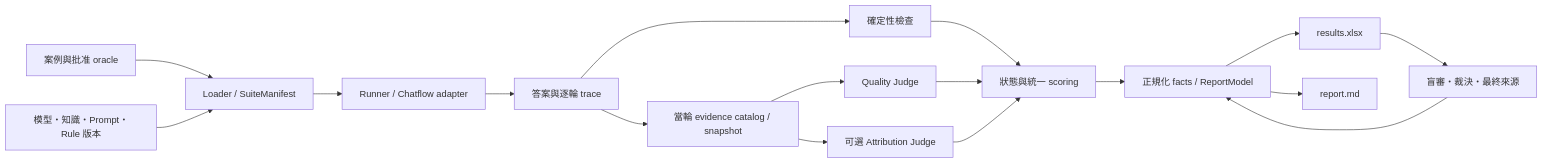
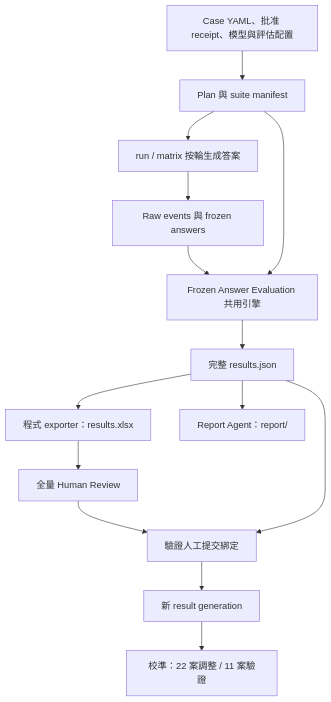
Before and after one commit to Kelvin-xing/Xiaoan-evaluation: the diagram in README.md, drawn with Mermaid. The commit also changed other lines of this file and 1 other file, not shown here.

First line of the commit message:
docs: rewrite README and METHODOLOGY for frozen answer evaluation

````diff
--- a/README.md
+++ b/README.md
@@ -63,19 +59,16 @@
 ```mermaid
-flowchart LR
-  C[案例與批准 oracle] --> L[Loader / SuiteManifest]
-  M[模型・知識・Prompt・Rule 版本] --> L
-  L --> R[Runner / Chatflow adapter]
-  R --> A[答案與逐輪 trace]
-  A --> D[確定性檢查]
-  A --> E[當輪 evidence catalog / snapshot]
-  E --> J[Quality Judge]
-  E --> T[可選 Attribution Judge]
-  D --> S[狀態與統一 scoring]
-  J --> S
-  T --> S
-  S --> F[正規化 facts / ReportModel]
-  F --> X[results.xlsx]
-  F --> P[report.md]
-  X --> H[盲審・裁決・最終來源]
-  H --> F
+flowchart TD
+    P[Case YAML、批准 receipt、模型與評估配置] --> M[Plan 與 suite manifest]
+    M --> G[run / matrix 按輪生成答案]
+    G --> F[Raw events 與 frozen answers]
+    F --> E[Frozen Answer Evaluation 共用引擎]
+    M --> E
+    E --> J[完整 results.json]
+    J --> X[程式 exporter：results.xlsx]
+    J --> R[Report Agent：report/]
+    X --> H[全量 Human Review]
+    H --> V[驗證人工提交綁定]
+    J --> V
+    V --> N[新 result generation]
+    N --> C[校準：22 案調整 / 11 案驗證]
 ```
````
